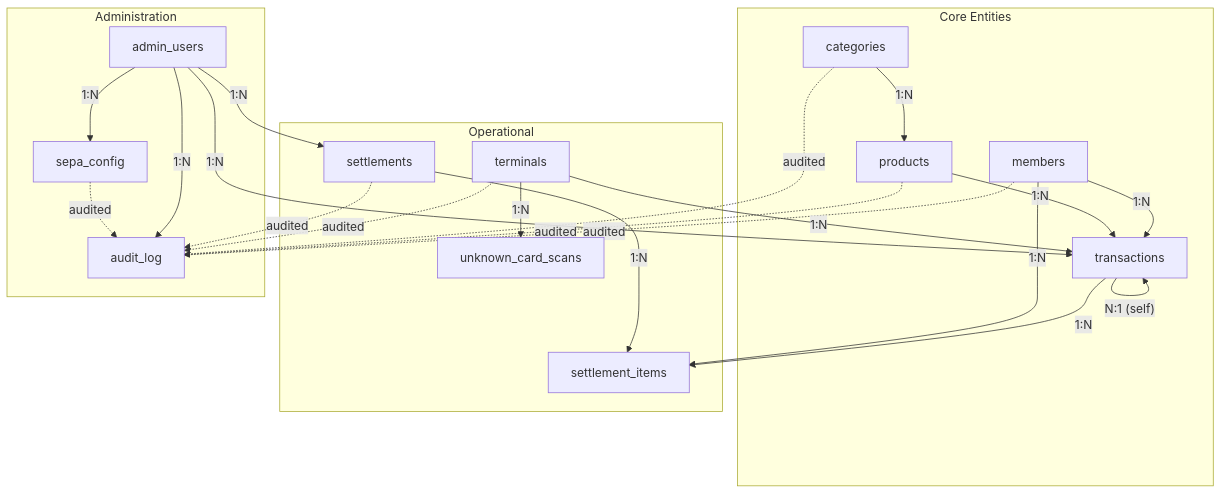
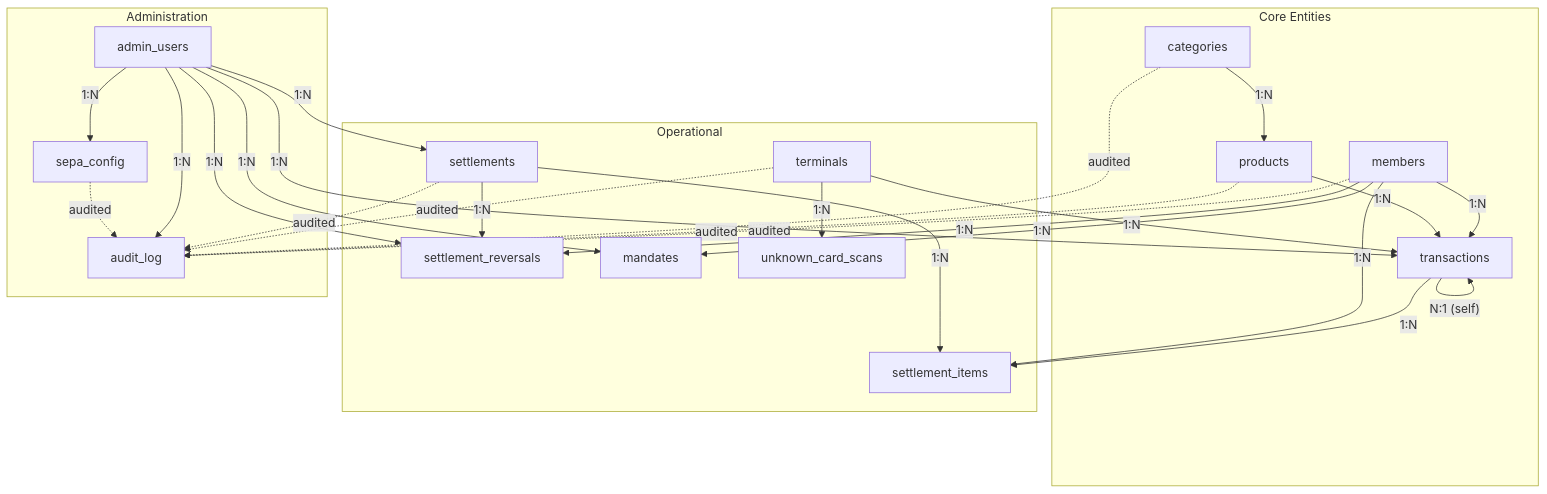
One commit to dgloeckner/clubbar changed the second of 2 diagrams in docs/erm-master.md. Above: the diagram before and after it, drawn with Mermaid. The commit also changed other lines of this file and 76 other files, not shown here.

````diff
--- a/docs/erm-master.md
+++ b/docs/erm-master.md
@@ -563,43 +626,50 @@
 ```mermaid
 flowchart TB
     subgraph Core["Core Entities"]
         M[members]
         C[categories]
         P[products]
         TX[transactions]
     end
 
     subgraph Operations["Operational"]
         T[terminals]
         S[settlements]
         SI[settlement_items]
+        SR[settlement_reversals]
+        MD[mandates]
         UC[unknown_card_scans]
     end
 
     subgraph Admin["Administration"]
         AU[admin_users]
         AL[audit_log]
         SC[sepa_config]
     end
 
     C -->|"1:N"| P
     M -->|"1:N"| TX
     P -->|"1:N"| TX
     T -->|"1:N"| TX
     AU -->|"1:N"| TX
     TX -->|"N:1 (self)"| TX
     S -->|"1:N"| SI
     TX -->|"1:N"| SI
     M -->|"1:N"| SI
+    S -->|"1:N"| SR
+    M -->|"1:N"| SR
+    AU -->|"1:N"| SR
+    M -->|"1:N"| MD
+    AU -->|"1:N"| MD
     AU -->|"1:N"| S
     AU -->|"1:N"| AL
     T -->|"1:N"| UC
     AU -->|"1:N"| SC
 
     M -.->|"audited"| AL
     P -.->|"audited"| AL
     C -.->|"audited"| AL
     T -.->|"audited"| AL
     S -.->|"audited"| AL
     SC -.->|"audited"| AL
 ```
````
